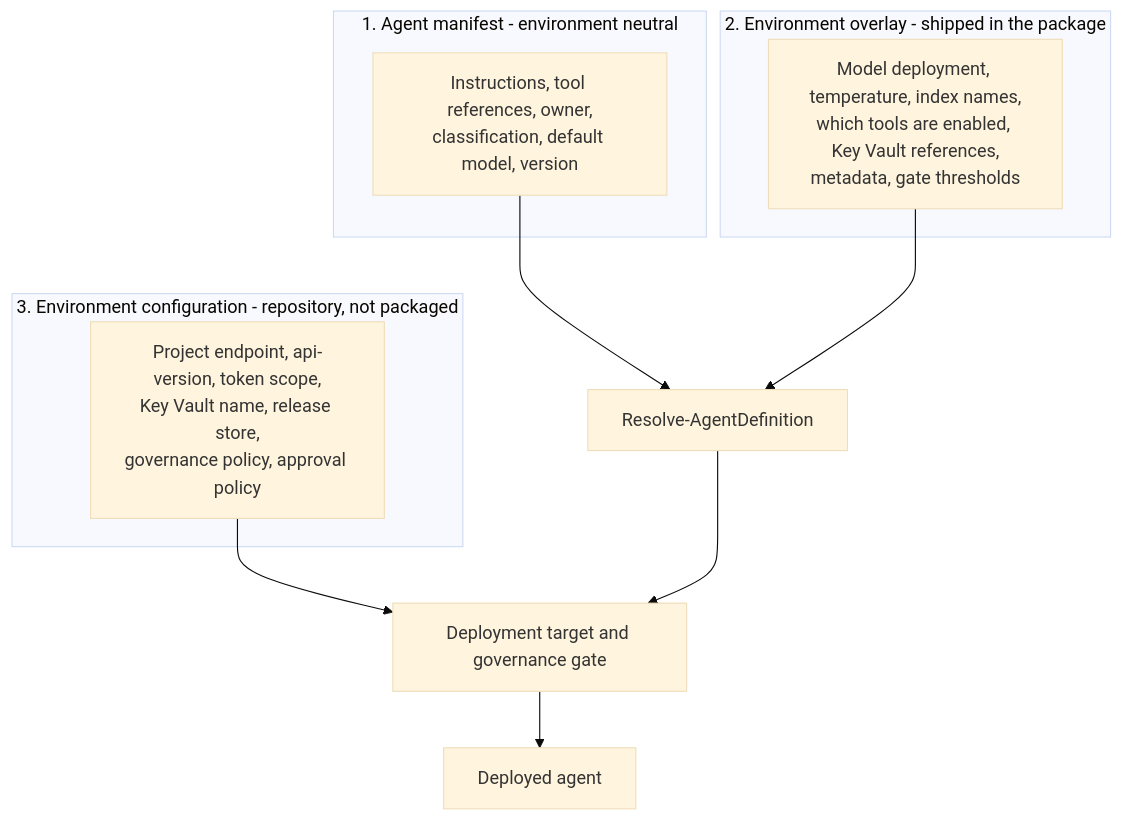
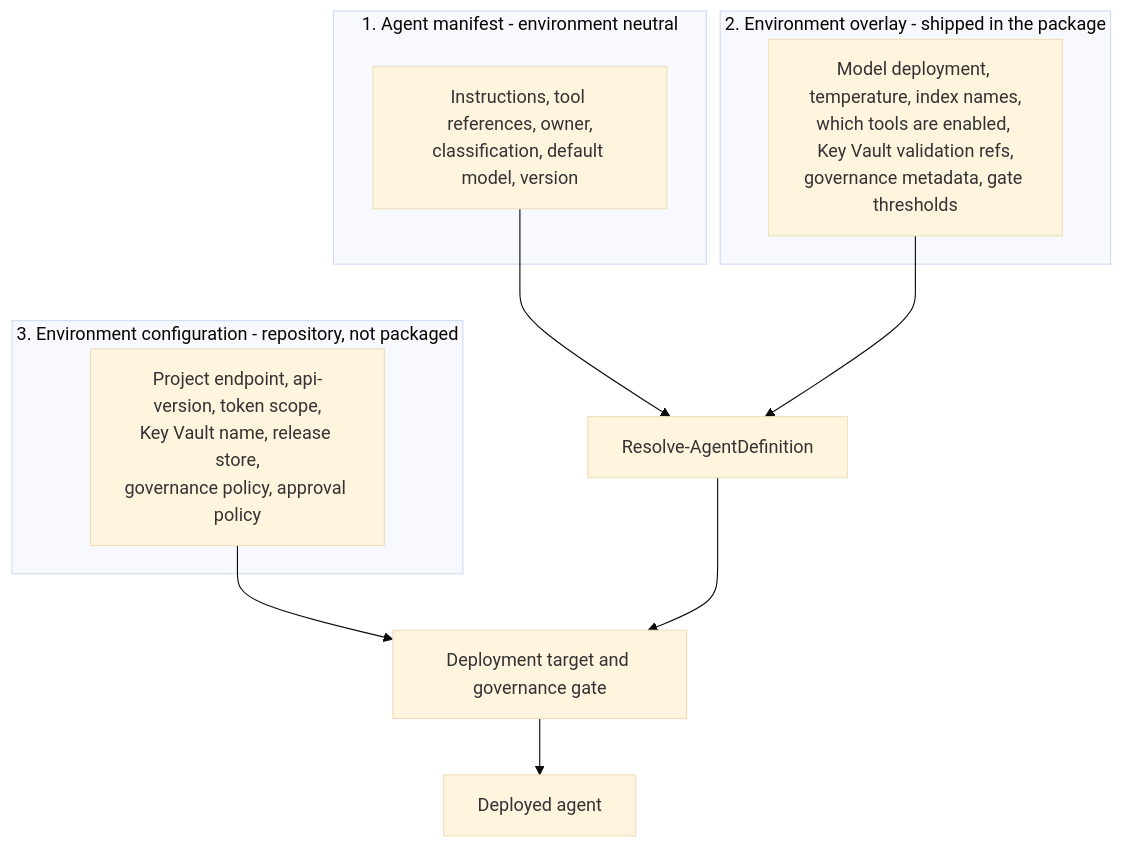
One commit to rob-mckenna/foundry-prompt-agent-cicd-accelerator changed the diagram in docs/environment-management.md. Above: the diagram before and after it, drawn with Mermaid (base theme). The commit also changed other lines of this file and 56 other files, not shown here.

````diff
--- a/docs/environment-management.md
+++ b/docs/environment-management.md
@@ -17,16 +17,16 @@
 ```mermaid
 flowchart TB
     subgraph L1["1. Agent manifest - environment neutral"]
         A["Instructions, tool references, owner,<br/>classification, default model, version"]
     end
     subgraph L2["2. Environment overlay - shipped in the package"]
-        B["Model deployment, temperature, index names,<br/>which tools are enabled, Key Vault references,<br/>metadata, gate thresholds"]
+        B["Model deployment, temperature, index names,<br/>which tools are enabled, Key Vault validation refs,<br/>governance metadata, gate thresholds"]
     end
     subgraph L3["3. Environment configuration - repository, not packaged"]
         C["Project endpoint, api-version, token scope,<br/>Key Vault name, release store,<br/>governance policy, approval policy"]
     end
     A --> R["Resolve-AgentDefinition"]
     B --> R
     C --> D["Deployment target and governance gate"]
     R --> D --> AGENT["Deployed agent"]
 ```
````
